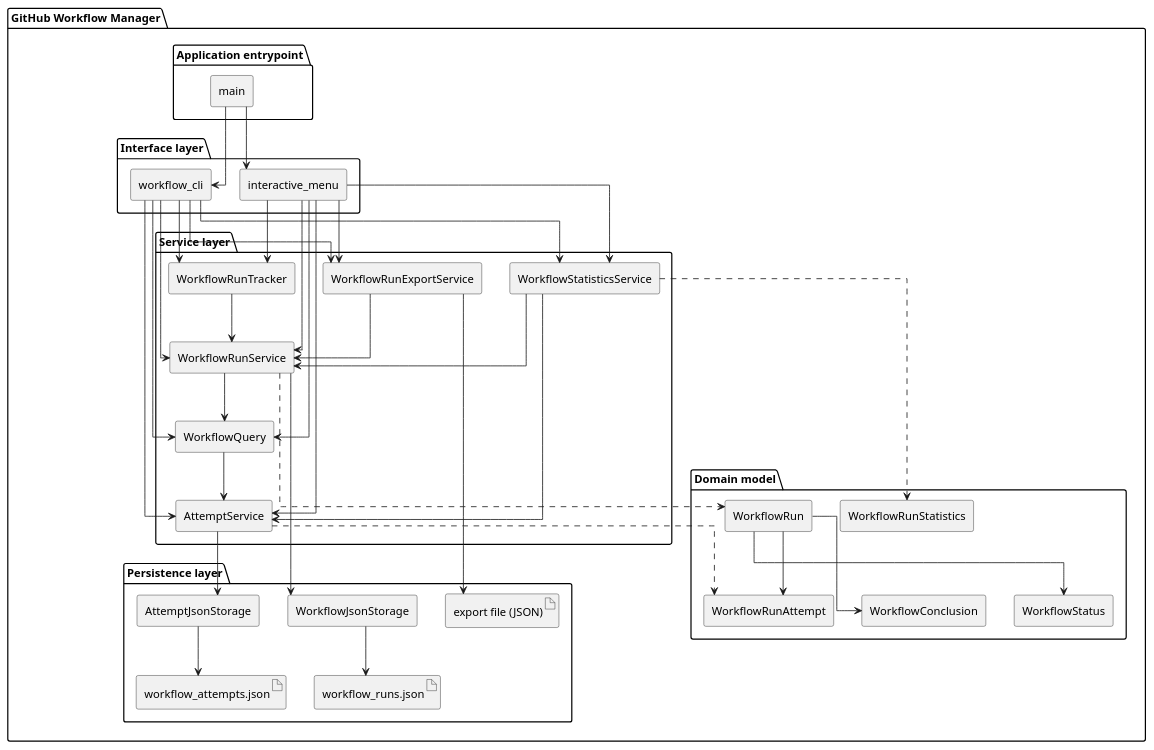
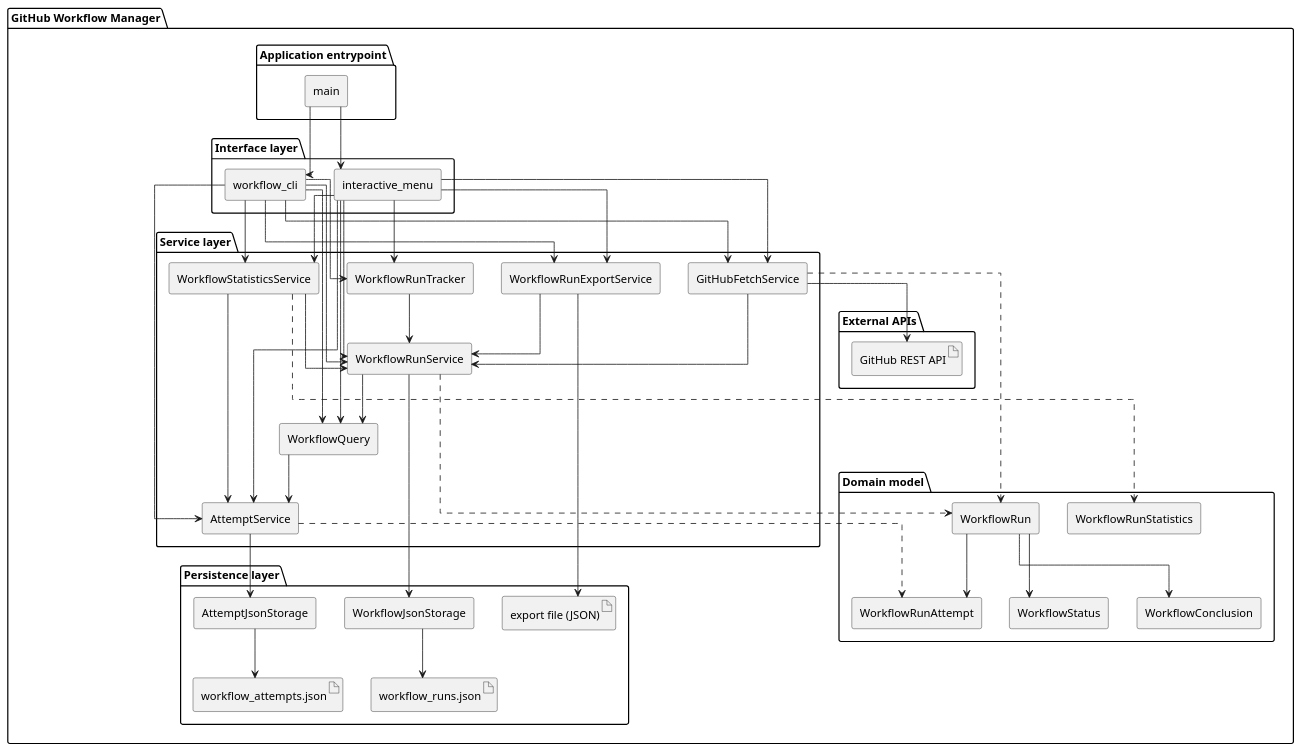
The diagram in experiments/broadcast/user_stories/github-workflow-manager/artifacts/component_diagram.puml (DanielRiha8906/Software_autoevolution_using_agents), drawn with PlantUML before and after one commit. The commit also changed 3 other files, not shown here.

Commit message:
Update diagrams to reflect GitHub fetch service

```diff
--- a/experiments/broadcast/user_stories/github-workflow-manager/artifacts/component_diagram.puml
+++ b/experiments/broadcast/user_stories/github-workflow-manager/artifacts/component_diagram.puml
@@ -1,82 +1,92 @@
 @startuml component_diagram
 
 skinparam componentStyle rectangle
 skinparam linetype ortho
 top to bottom direction
 
 package "GitHub Workflow Manager" {
 
   package "Application entrypoint" {
     component "main" as MAIN
   }
 
   package "Interface layer" {
     component "workflow_cli" as CLI
     component "interactive_menu" as IM
   }
 
   package "Service layer" {
     component "WorkflowRunTracker" as TRACKER
     component "WorkflowRunService" as SVC
     component "WorkflowQuery" as QUERY
     component "AttemptService" as ASVC
     component "WorkflowStatisticsService" as STATS
     component "WorkflowRunExportService" as EXPORT
+    component "GitHubFetchService" as FETCH
   }
 
   package "Persistence layer" {
     component "WorkflowJsonStorage" as STOR
     component "AttemptJsonStorage" as ASTOR
     artifact "workflow_runs.json" as JSON_FILE
     artifact "workflow_attempts.json" as ATTEMPT_FILE
     artifact "export file (JSON)" as EXPORT_FILE
+  }
+
+  package "External APIs" {
+    artifact "GitHub REST API" as GITHUB_API
   }
 
   package "Domain model" {
     component "WorkflowRun" as RUN
     component "WorkflowRunAttempt" as ATTEMPT
     component "WorkflowStatus" as STATUS
     component "WorkflowConclusion" as CONCLUSION
     component "WorkflowRunStatistics" as STATS_MODEL
   }
 }
 
 MAIN --> CLI
 MAIN --> IM
 
 CLI --> TRACKER
 CLI --> ASVC
 CLI --> QUERY
 CLI --> STATS
 CLI --> EXPORT
+CLI --> FETCH
 IM --> TRACKER
 IM --> ASVC
 IM --> QUERY
 IM --> STATS
 IM --> EXPORT
+IM --> FETCH
 
 CLI --> SVC
 IM --> SVC
 
 QUERY --> ASVC
 SVC --> QUERY
 
 TRACKER --> SVC
 SVC --> STOR
 STOR --> JSON_FILE
 
 ASVC --> ASTOR
 ASTOR --> ATTEMPT_FILE
 
 SVC ..> RUN
 ASVC ..> ATTEMPT
 STATS --> SVC
 STATS --> ASVC
 STATS ..> STATS_MODEL
 EXPORT --> SVC
 EXPORT --> EXPORT_FILE
+FETCH --> GITHUB_API
+FETCH ..> RUN
+FETCH --> SVC
 RUN --> ATTEMPT
 RUN --> STATUS
 RUN --> CONCLUSION
 
 @enduml
```
